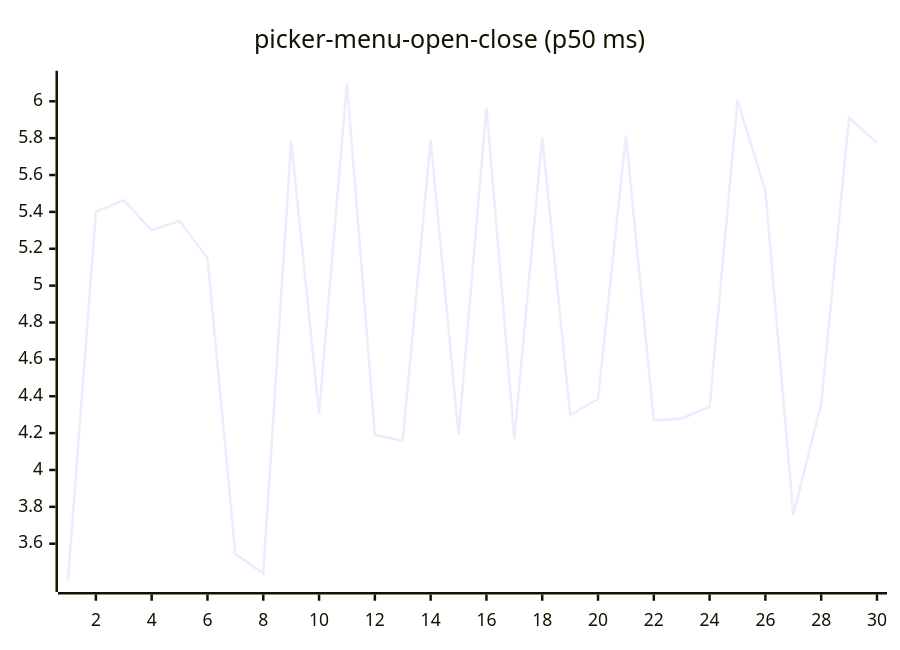
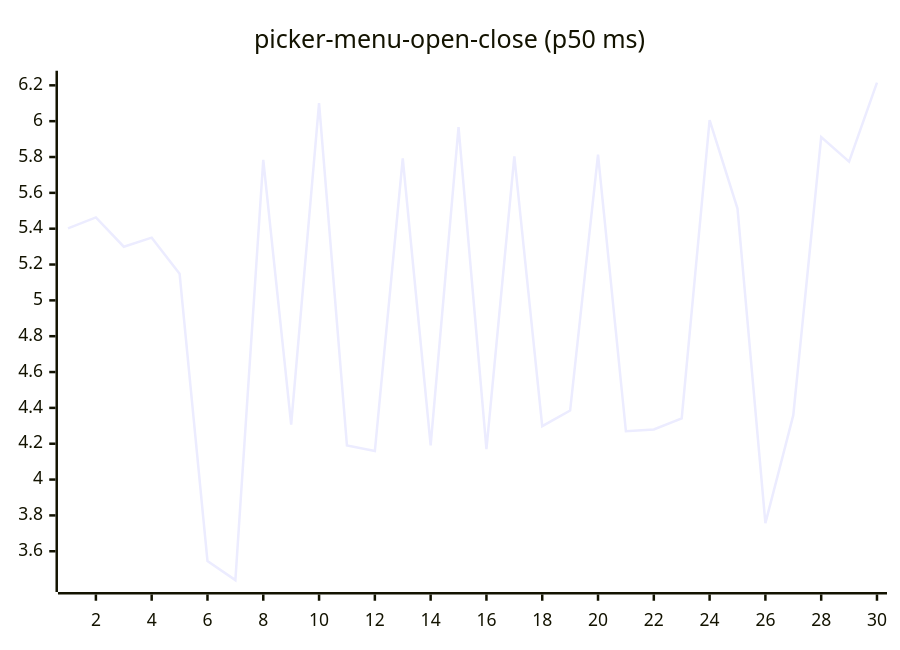
Diagram 16 of 27 in README.md (josha/Facet), drawn with Mermaid before and after one commit. The commit also changed other lines of this file and 2 other files, not shown here.

````diff
--- a/README.md
+++ b/README.md
@@ -168,6 +168,6 @@
 ```mermaid
 xychart-beta
     title "picker-menu-open-close (p50 ms)"
     x-axis 1 --> 30
-    line [3.4024, 5.4017, 5.4631, 5.2994, 5.3502, 5.1493, 3.5447, 3.4388, 5.7846, 4.3066, 6.1012, 4.1897, 4.1591, 5.7919, 4.1912, 5.9674, 4.1698, 5.8037, 4.2981, 4.3851, 5.8139, 4.2694, 4.2792, 4.3416, 6.0052, 5.5122, 3.7566, 4.3593, 5.9114, 5.7740]
+    line [5.4017, 5.4631, 5.2994, 5.3502, 5.1493, 3.5447, 3.4388, 5.7846, 4.3066, 6.1012, 4.1897, 4.1591, 5.7919, 4.1912, 5.9674, 4.1698, 5.8037, 4.2981, 4.3851, 5.8139, 4.2694, 4.2792, 4.3416, 6.0052, 5.5122, 3.7566, 4.3593, 5.9114, 5.7740, 6.2151]
 ```
````
